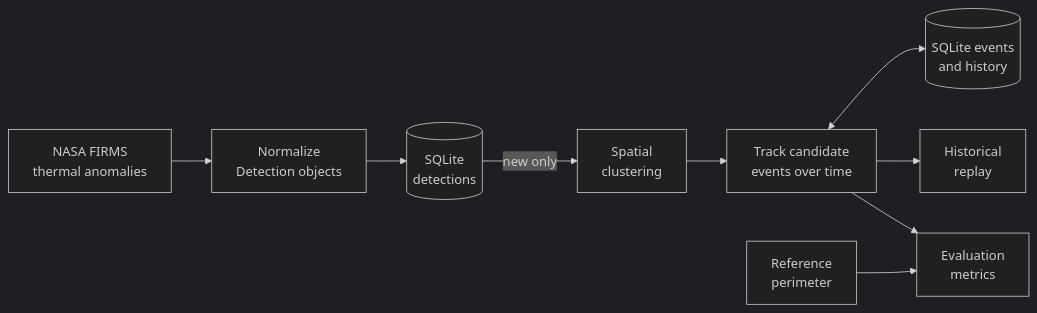
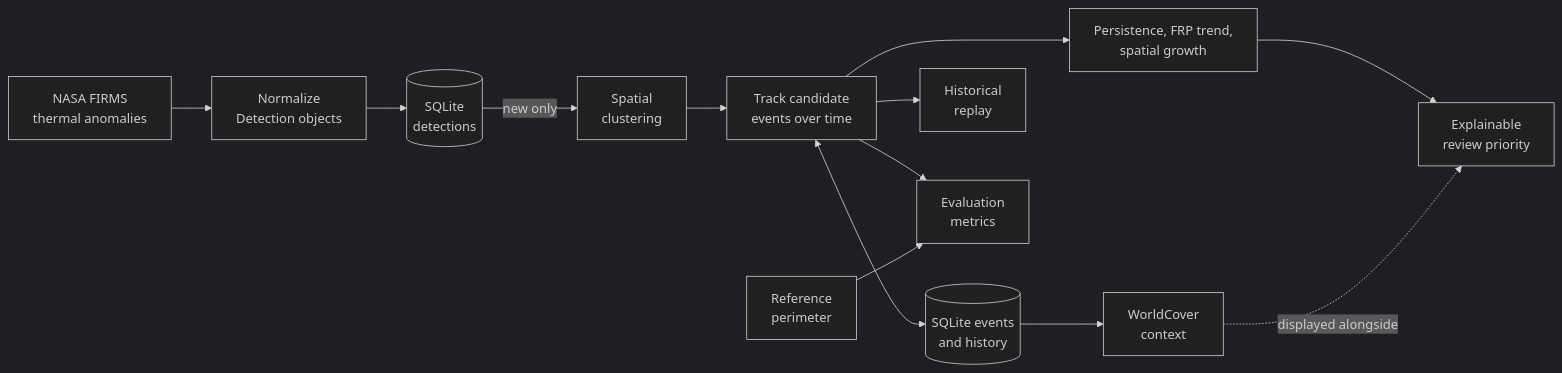
One commit to stoppo22/wildfirewatch changed the diagram in README.md. Above: the diagram before and after it, drawn with Mermaid (dark theme). The commit also changed other lines of this file and 10 other files, not shown here.

````diff
--- a/README.md
+++ b/README.md
@@ -18,11 +18,15 @@
 ```mermaid
 flowchart LR
     A[NASA FIRMS<br/>thermal anomalies] --> B[Normalize<br/>Detection objects]
     B --> H[(SQLite<br/>detections)]
     H -- new only --> C[Spatial<br/>clustering]
     C --> D[Track candidate<br/>events over time]
     D <--> I[(SQLite events<br/>and history)]
     D --> E[Historical<br/>replay]
     D --> F[Evaluation<br/>metrics]
     G[Reference<br/>perimeter] --> F
+    D --> J[Persistence, FRP trend,<br/>spatial growth]
+    J --> K[Explainable<br/>review priority]
+    I --> L[WorldCover<br/>context]
+    L -. displayed alongside .-> K
 ```
````
